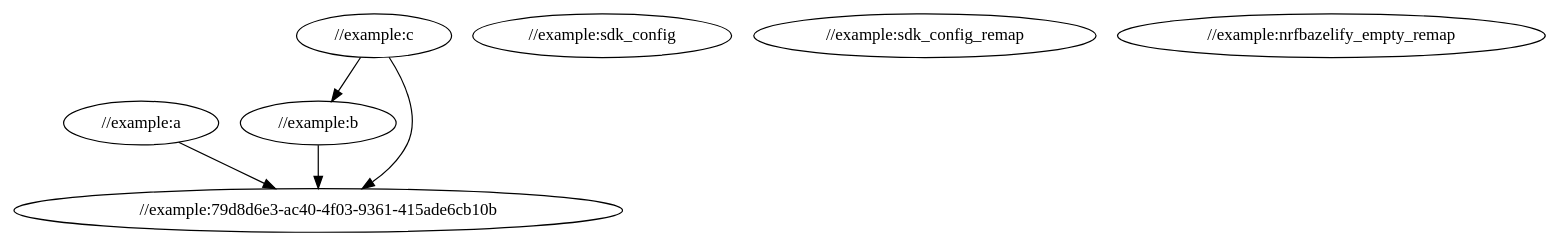
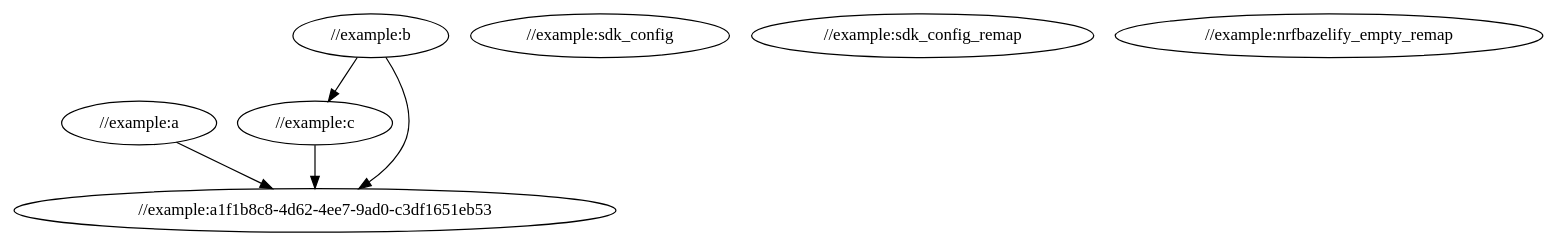
One commit to Michaelhobo/nrfbazel changed the diagram in example/depgraph.dot. Above: the diagram before and after it, drawn with Graphviz. The commit also changed 6 other files, not shown here.

First line of the commit message:
Add ability to output graph progression (#50)

```diff
--- a/example/depgraph.dot
+++ b/example/depgraph.dot
@@ -1,16 +1,16 @@
 strict digraph Dependencies {
 // Node definitions.
 "//example:a";
 "//example:b";
 "//example:c";
 "//example:sdk_config";
 "//example:sdk_config_remap";
 "//example:nrfbazelify_empty_remap";
-"//example:79d8d6e3-ac40-4f03-9361-415ade6cb10b";
+"//example:a1f1b8c8-4d62-4ee7-9ad0-c3df1651eb53";
 
 // Edge definitions.
-"//example:a" -> "//example:79d8d6e3-ac40-4f03-9361-415ade6cb10b";
-"//example:b" -> "//example:79d8d6e3-ac40-4f03-9361-415ade6cb10b";
-"//example:c" -> "//example:b";
-"//example:c" -> "//example:79d8d6e3-ac40-4f03-9361-415ade6cb10b";
+"//example:a" -> "//example:a1f1b8c8-4d62-4ee7-9ad0-c3df1651eb53";
+"//example:b" -> "//example:c";
+"//example:b" -> "//example:a1f1b8c8-4d62-4ee7-9ad0-c3df1651eb53";
+"//example:c" -> "//example:a1f1b8c8-4d62-4ee7-9ad0-c3df1651eb53";
 }
```
